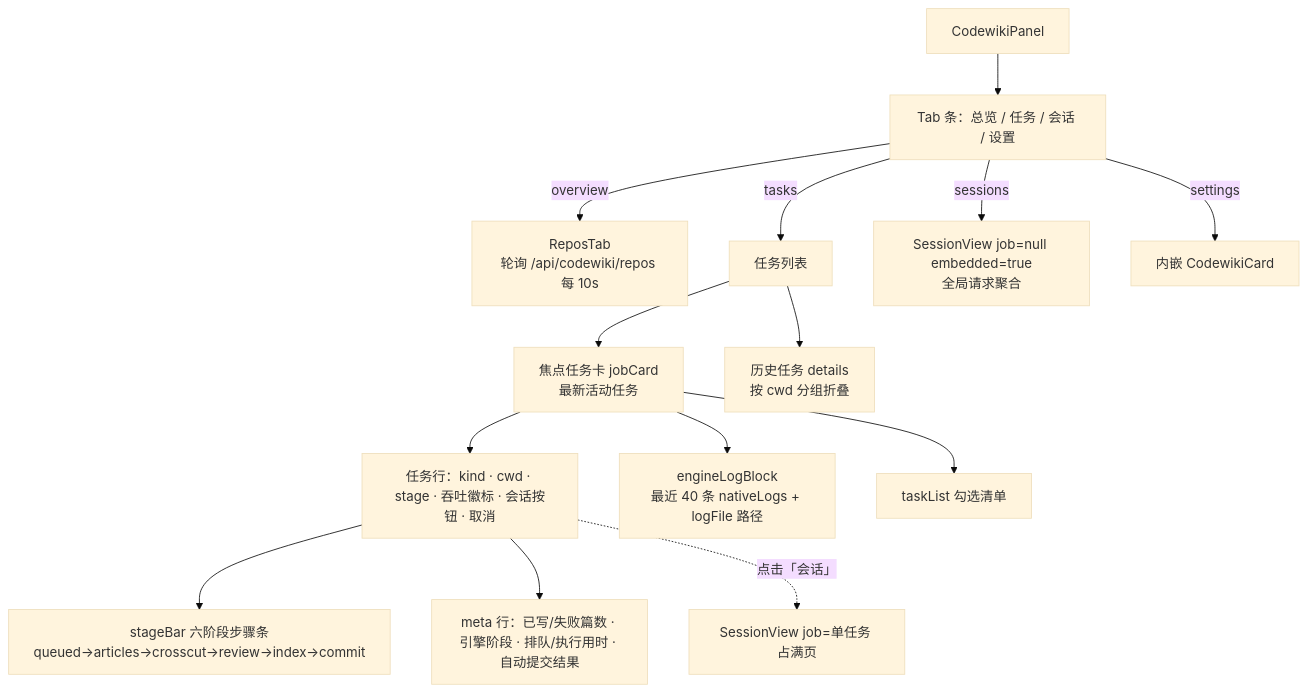
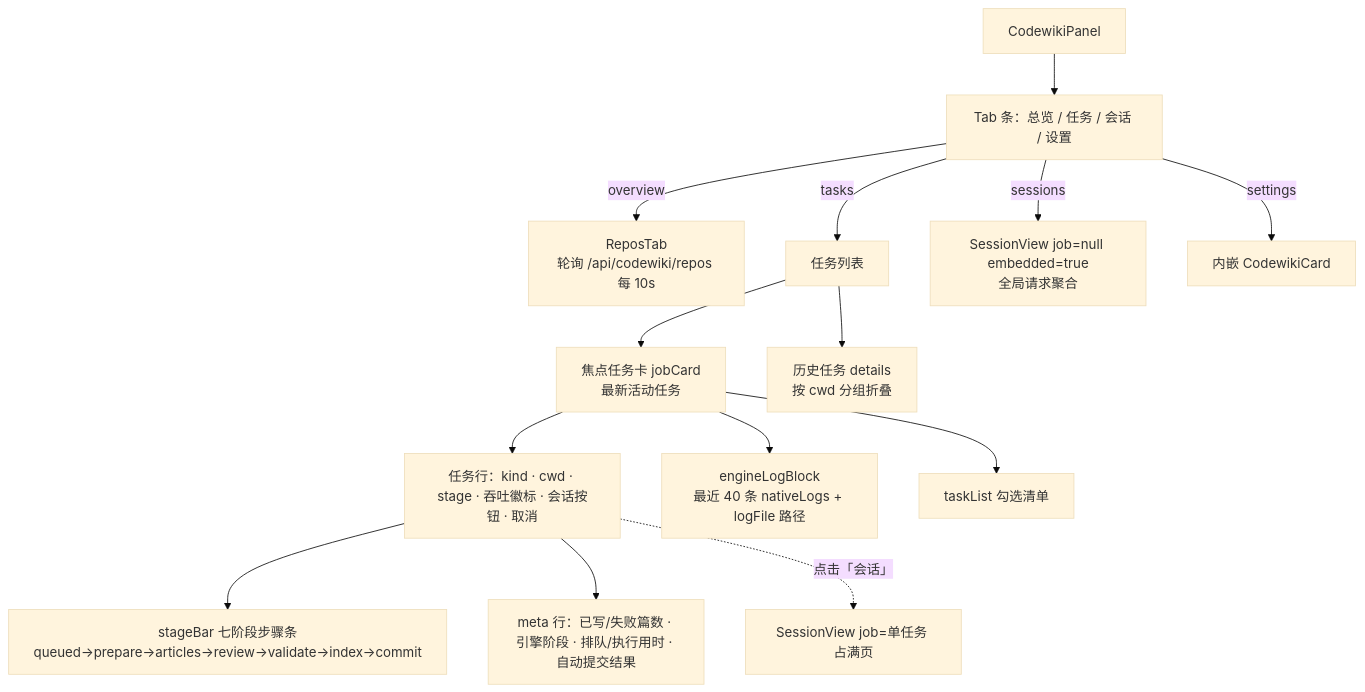
The second of 6 diagrams in .codewiki/_native-state/docs/browser_ui_panel.md (ikliml666/dsh-codewiki), drawn with Mermaid (base theme) before and after one commit. The commit also changed other lines of this file and 24 other files, not shown here.

````diff
--- a/.codewiki/_native-state/docs/browser_ui_panel.md
+++ b/.codewiki/_native-state/docs/browser_ui_panel.md
@@ -77,18 +77,18 @@
 ```mermaid
 flowchart TB
     PANEL["CodewikiPanel"]
     TABS["Tab 条：总览 / 任务 / 会话 / 设置"]
     PANEL --> TABS
     TABS -->|overview| RT["ReposTab<br/>轮询 /api/codewiki/repos 每 10s"]
     TABS -->|tasks| TC["任务列表"]
     TABS -->|sessions| SV1["SessionView job=null embedded=true<br/>全局请求聚合"]
     TABS -->|settings| CARD2["内嵌 CodewikiCard"]
     TC --> FOCUS["焦点任务卡 jobCard<br/>最新活动任务"]
     TC --> HIST["历史任务 details<br/>按 cwd 分组折叠"]
     FOCUS --> JOBROW["任务行：kind · cwd · stage · 吞吐徽标 · 会话按钮 · 取消"]
-    JOBROW --> SB["stageBar 六阶段步骤条<br/>queued→articles→crosscut→review→index→commit"]
+    JOBROW --> SB["stageBar 七阶段步骤条<br/>queued→prepare→articles→review→validate→index→commit"]
     JOBROW --> META["meta 行：已写/失败篇数 · 引擎阶段 · 排队/执行用时 · 自动提交结果"]
     FOCUS --> LOG["engineLogBlock<br/>最近 40 条 nativeLogs + logFile 路径"]
     FOCUS --> TLIST["taskList 勾选清单"]
     JOBROW -.点击「会话」.-> SV2["SessionView job=单任务 占满页"]
 ```
````
